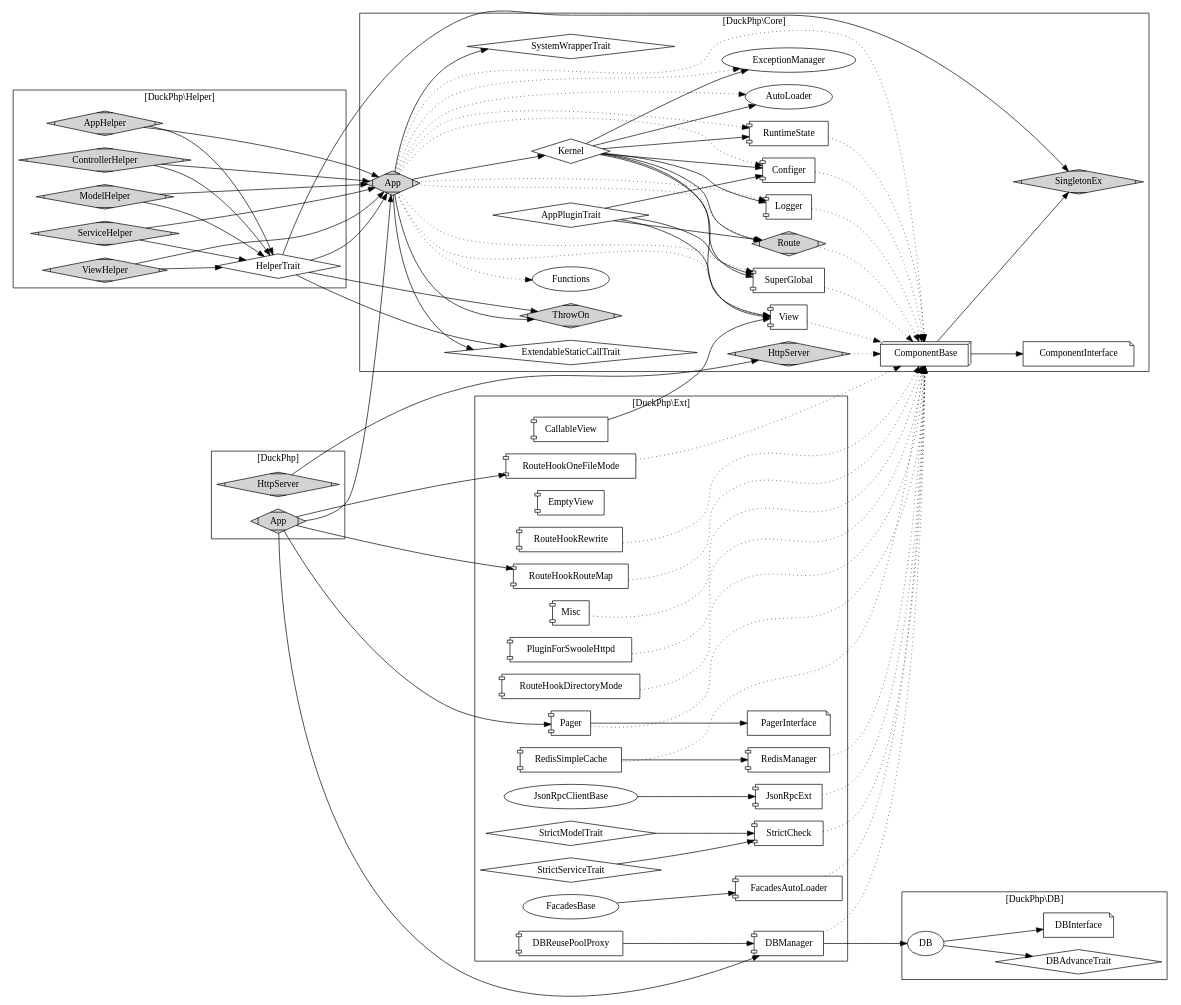
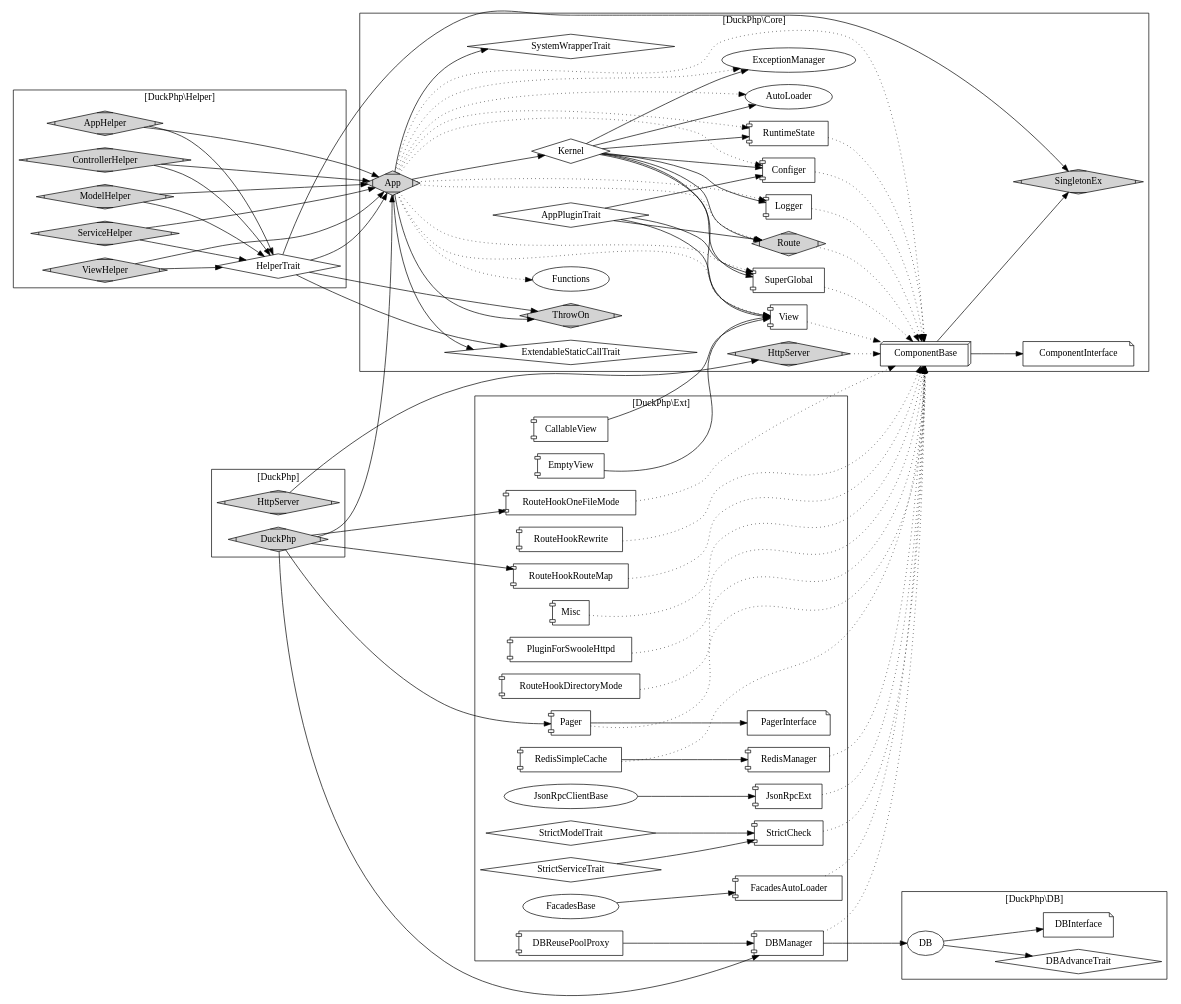
The diagram in doc/duckphp.gv (dvaknheo/duckphp), drawn with Graphviz before and after one commit. The commit also changed 46 other files, not shown here.

Commit message:
完成把 DuckPhp 类改成 DuckPhp\DuckPhp 类

```diff
--- a/doc/duckphp.gv
+++ b/doc/duckphp.gv
@@ -156,7 +156,8 @@
 
     DBManager -> DB_DB;
     CallableView ->Core_View; 
-    DBReusePoolProxy ->DBManager; 
+    DBReusePoolProxy ->DBManager;
+    EmptyView ->Core_View; 
     JsonRpcClientBase ->JsonRpcExt;
     FacadesBase -> FacadesAutoLoader;
     Pager -> PagerInterface; 
@@ -186,14 +187,14 @@
     node [style=filled];
 
     HttpServer -> Core_HttpServer;
-    App -> Core_App;
+    DuckPhp -> Core_App;
 
-    App -> RouteHookRouteMap;
-    App -> Pager;
-    App -> DBManager;
-    App -> RouteHookOneFileMode;
+    DuckPhp -> RouteHookRouteMap;
+    DuckPhp -> Pager;
+    DuckPhp -> DBManager;
+    DuckPhp -> RouteHookOneFileMode;
 
-    App [shape=Mdiamond];
+    DuckPhp [shape=Mdiamond];
     HttpServer [shape=Mdiamond;style=filled];
 
 }
```
